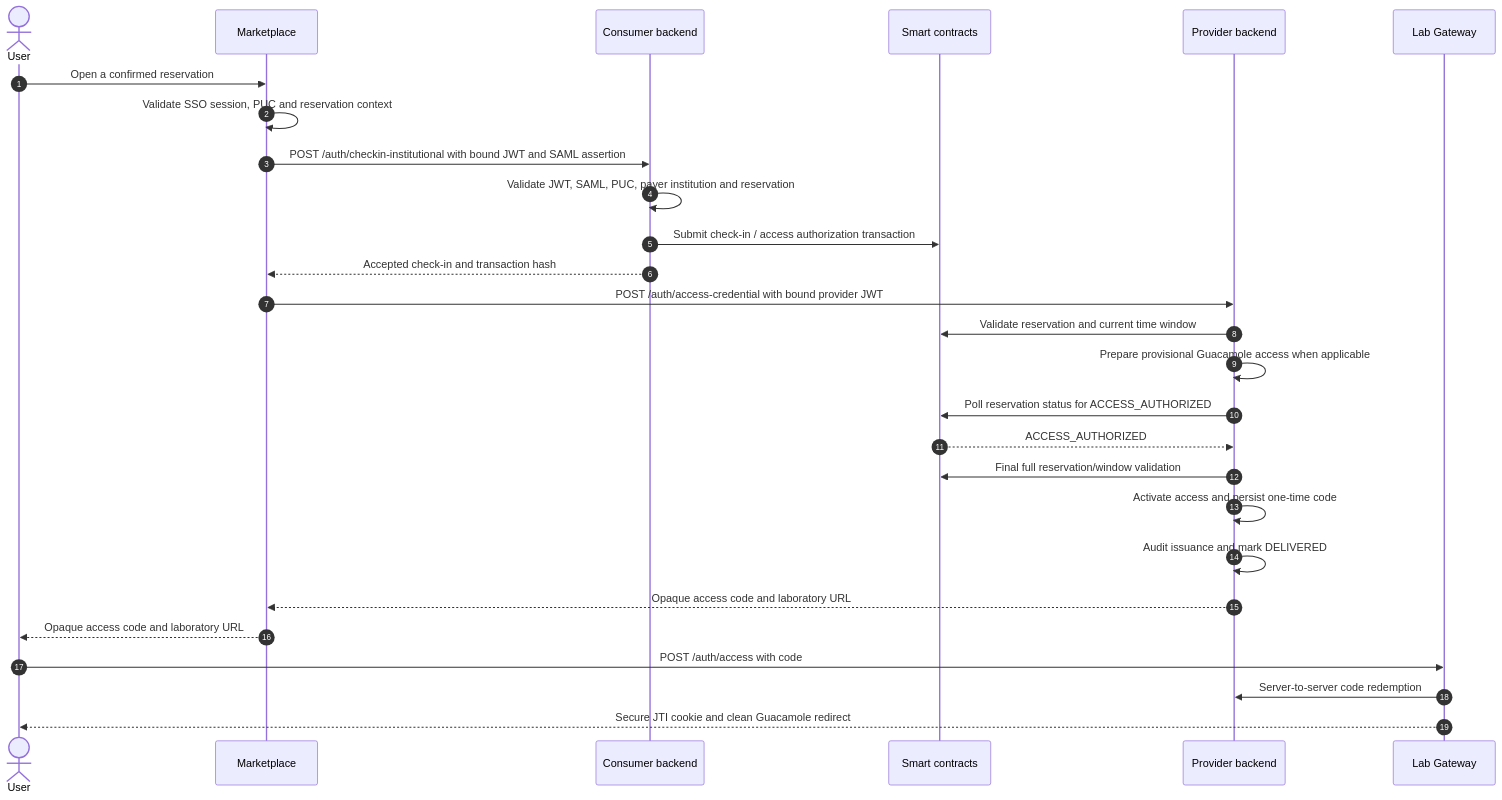
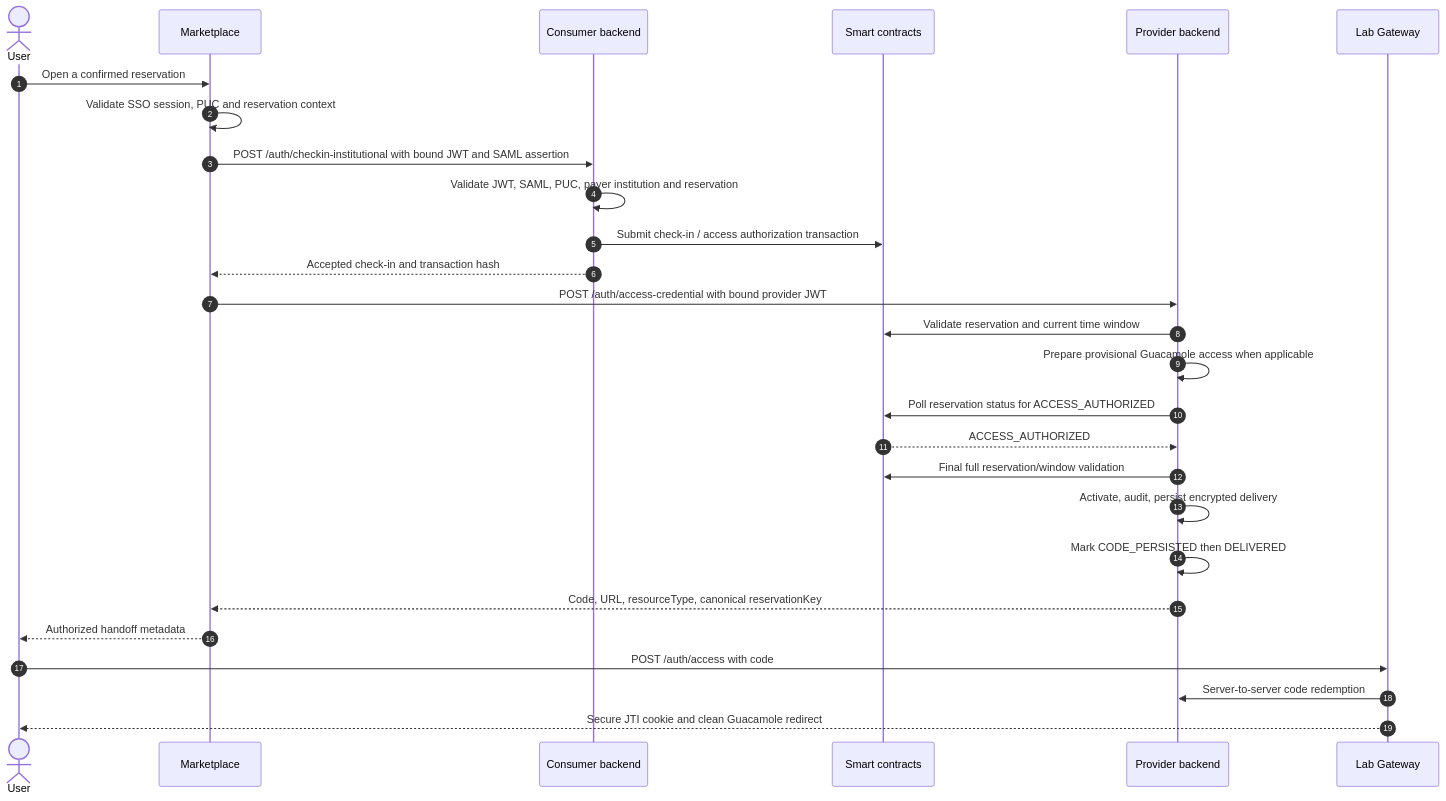
Before and after one commit to DecentraLabsCom/Lab-Gateway: the second of 2 diagrams in docs/workflows/institutional-check-in-access-sessions.md, drawn with Mermaid. The commit also changed other lines of this file and 29 other files, not shown here.

````diff
--- a/docs/workflows/institutional-check-in-access-sessions.md
+++ b/docs/workflows/institutional-check-in-access-sessions.md
@@ -46,30 +46,30 @@
 ```mermaid
 sequenceDiagram
     autonumber
     actor User
     participant Marketplace
     participant Consumer as Consumer backend
     participant Chain as Smart contracts
     participant Provider as Provider backend
     participant Gateway as Lab Gateway
 
     User->>Marketplace: Open a confirmed reservation
     Marketplace->>Marketplace: Validate SSO session, PUC and reservation context
     Marketplace->>Consumer: POST /auth/checkin-institutional with bound JWT and SAML assertion
     Consumer->>Consumer: Validate JWT, SAML, PUC, payer institution and reservation
     Consumer->>Chain: Submit check-in / access authorization transaction
     Consumer-->>Marketplace: Accepted check-in and transaction hash
     Marketplace->>Provider: POST /auth/access-credential with bound provider JWT
     Provider->>Chain: Validate reservation and current time window
     Provider->>Provider: Prepare provisional Guacamole access when applicable
     Provider->>Chain: Poll reservation status for ACCESS_AUTHORIZED
     Chain-->>Provider: ACCESS_AUTHORIZED
     Provider->>Chain: Final full reservation/window validation
-    Provider->>Provider: Activate access and persist one-time code
-    Provider->>Provider: Audit issuance and mark DELIVERED
-    Provider-->>Marketplace: Opaque access code and laboratory URL
-    Marketplace-->>User: Opaque access code and laboratory URL
+    Provider->>Provider: Activate, audit, persist encrypted delivery
+    Provider->>Provider: Mark CODE_PERSISTED then DELIVERED
+    Provider-->>Marketplace: Code, URL, resourceType, canonical reservationKey
+    Marketplace-->>User: Authorized handoff metadata
     User->>Gateway: POST /auth/access with code
     Gateway->>Provider: Server-to-server code redemption
     Gateway-->>User: Secure JTI cookie and clean Guacamole redirect
 ```
````
